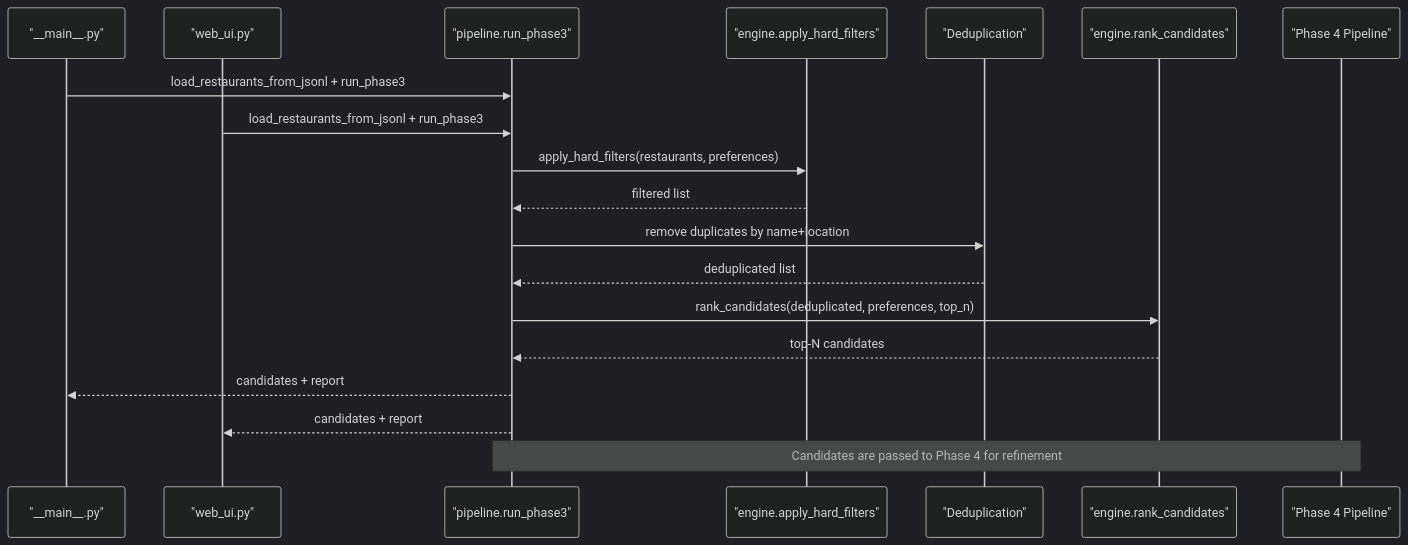
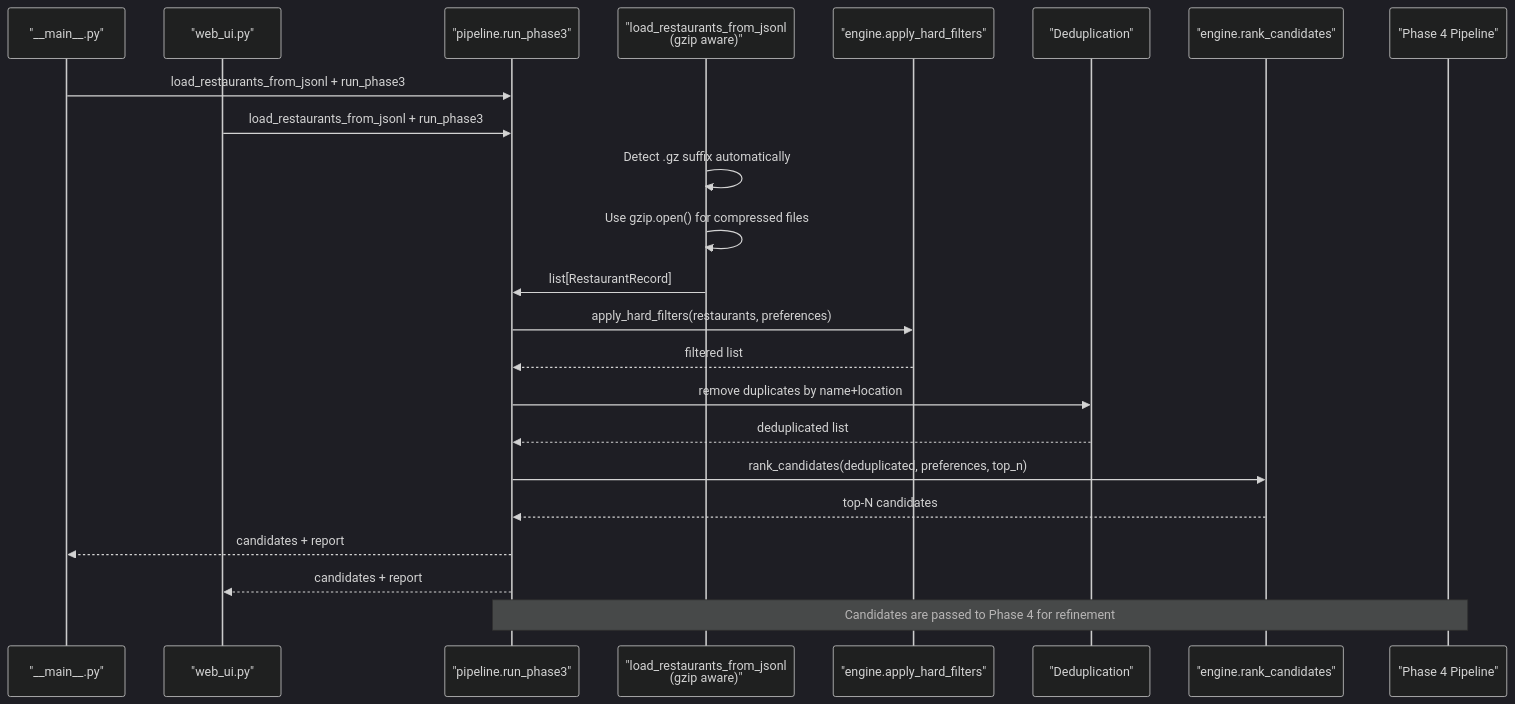
One commit to ishpreetsingh252003/Zomato changed the second of 8 diagrams in .qoder/repowiki/en/content/Phase 3_ Candidate Retrieval/Phase 3_ Candidate Retrieval.md. Above: the diagram before and after it, drawn with Mermaid (dark theme). The commit also changed other lines of this file and 48 other files, not shown here.

````diff
--- a/.qoder/repowiki/en/content/Phase 3_ Candidate Retrieval/Phase 3_ Candidate Retrieval.md
+++ b/.qoder/repowiki/en/content/Phase 3_ Candidate Retrieval/Phase 3_ Candidate Retrieval.md
@@ -106,21 +110,25 @@
 ```mermaid
 sequenceDiagram
 participant CLI as "__main__.py"
 participant Web as "web_ui.py"
 participant Pipe as "pipeline.run_phase3"
+participant Load as "load_restaurants_from_jsonl<br/>(gzip aware)"
 participant Engine as "engine.apply_hard_filters"
 participant Dedup as "Deduplication"
 participant Rank as "engine.rank_candidates"
 participant LLM as "Phase 4 Pipeline"
 CLI->>Pipe : load_restaurants_from_jsonl + run_phase3
 Web->>Pipe : load_restaurants_from_jsonl + run_phase3
+Load->>Load : Detect .gz suffix automatically
+Load->>Load : Use gzip.open() for compressed files
+Load->>Pipe : list[RestaurantRecord]
 Pipe->>Engine : apply_hard_filters(restaurants, preferences)
 Engine-->>Pipe : filtered list
 Pipe->>Dedup : remove duplicates by name+location
 Dedup-->>Pipe : deduplicated list
 Pipe->>Rank : rank_candidates(deduplicated, preferences, top_n)
 Rank-->>Pipe : top-N candidates
 Pipe-->>CLI : candidates + report
 Pipe-->>Web : candidates + report
 Note over Pipe,LLM : Candidates are passed to Phase 4 for refinement
 ```
````
